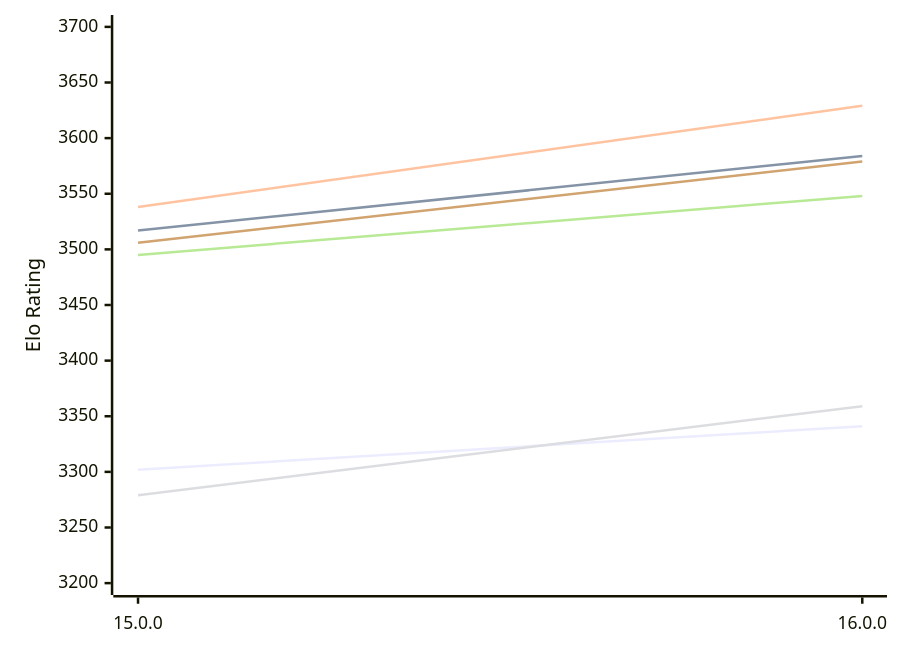
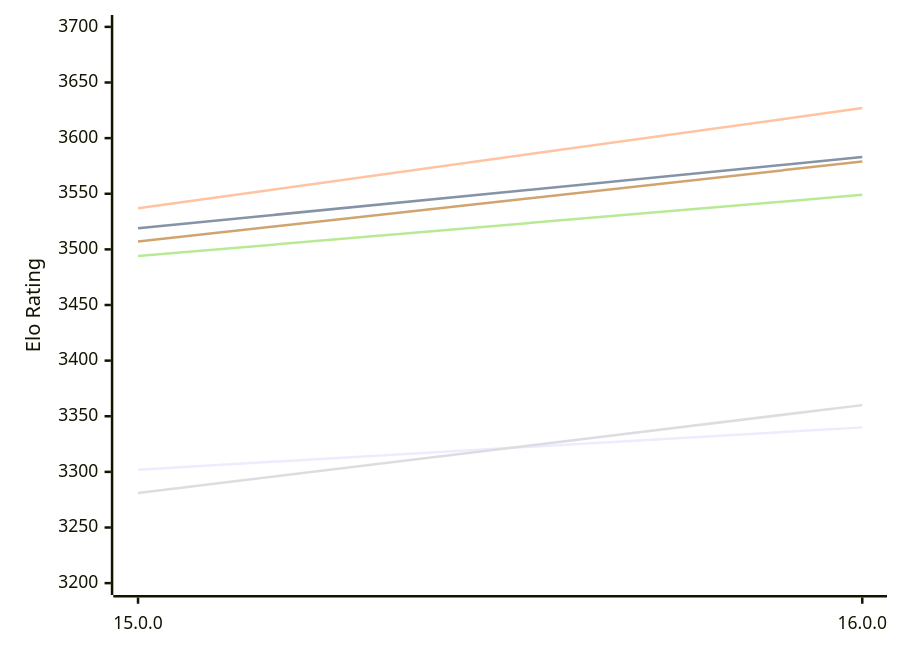
The first of 2 diagrams in engines/Halogen.md (computer-chess-index/cci), drawn with Mermaid before and after one commit. The commit also changed other lines of this file, not shown here.

Commit message:
Update CCI Ratings (ELO VLTC) - 2026-11-27

````diff
--- a/engines/Halogen.md
+++ b/engines/Halogen.md
@@ -50,12 +50,12 @@
 ```mermaid
 %%{init: {"theme":"base","themeVariables":{"seriesColors:['#a3a3a3','#222221','#faa371']}}}%%
 xychart-beta
   x-axis ["15.0.0", "16.0.0"]
   y-axis "Elo Rating" 3200 --> 3700
-  line "E1: STC (8.0+0.08s)" [3302, 3341]
-  line "E1: LTC (60.0+0.60s)" [3517, 3584]
-  line "E1: VLTC (2m24s+1.12s)" [3538, 3629]
-  line "P1: STC (8.0+0.08s)" [3279, 3359]
-  line "P1: LTC (60.0+0.60s)" [3495, 3548]
-  line "P1: VLTC (2m24s+1.12s)" [3506, 3579]
+  line "E1: STC (8.0+0.08s)" [3302, 3340]
+  line "E1: LTC (60.0+0.60s)" [3519, 3583]
+  line "E1: VLTC (2m24s+1.12s)" [3537, 3627]
+  line "P1: STC (8.0+0.08s)" [3281, 3360]
+  line "P1: LTC (60.0+0.60s)" [3494, 3549]
+  line "P1: VLTC (2m24s+1.12s)" [3507, 3579]
 ```
````
